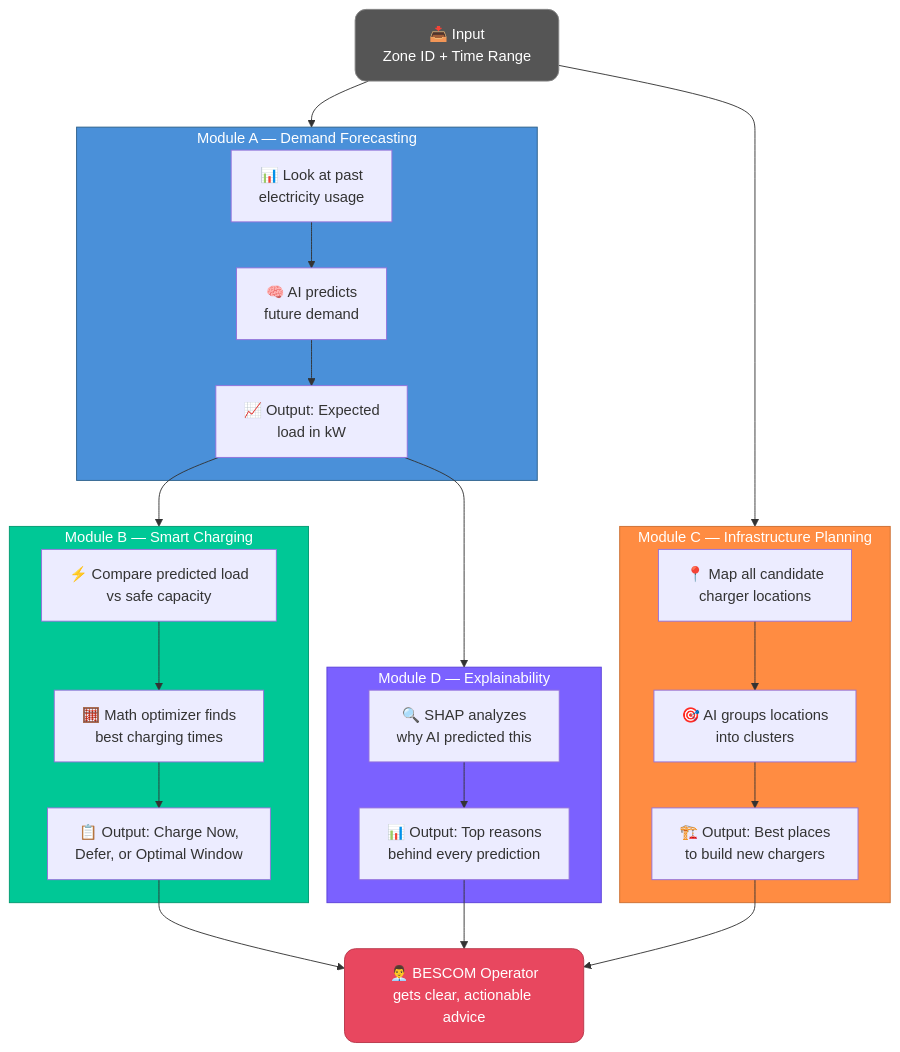
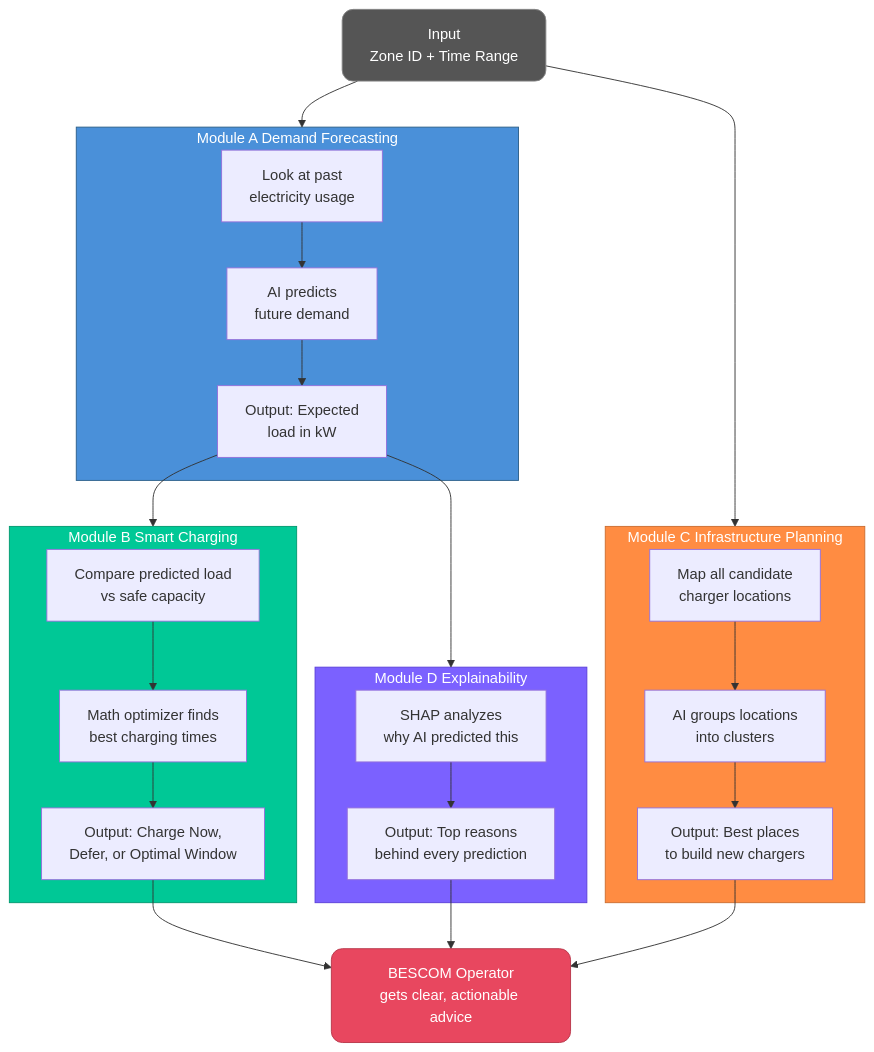
Before and after one commit to AbhimanRajCoder/VOLTARIS-AI: the third of 9 diagrams in README.md, drawn with Mermaid. The commit also changed other lines of this file, not shown here.

````diff
--- a/README.md
+++ b/README.md
@@ -448,36 +551,36 @@
 ```mermaid
 flowchart TD
-    INPUT["📥 Input\nZone ID + Time Range"] --> A
+  INPUT[" Input\nZone ID + Time Range"] --> A
 
-    subgraph A["Module A — Demand Forecasting"]
-        A1["📊 Look at past\nelectricity usage"] --> A2["🧠 AI predicts\nfuture demand"] --> A3["📈 Output: Expected\nload in kW"]
-    end
+  subgraph A["Module A Demand Forecasting"]
+    A1[" Look at past\nelectricity usage"] --> A2[" AI predicts\nfuture demand"] --> A3[" Output: Expected\nload in kW"]
+  end
 
-    A3 --> B
-    A3 --> D
+  A3 --> B
+  A3 --> D
 
-    subgraph B["Module B — Smart Charging"]
-        B1["⚡ Compare predicted load\nvs safe capacity"] --> B2["🧮 Math optimizer finds\nbest charging times"] --> B3["📋 Output: Charge Now,\nDefer, or Optimal Window"]
-    end
+  subgraph B["Module B Smart Charging"]
+    B1[" Compare predicted load\nvs safe capacity"] --> B2[" Math optimizer finds\nbest charging times"] --> B3[" Output: Charge Now,\nDefer, or Optimal Window"]
+  end
 
-    subgraph C["Module C — Infrastructure Planning"]
-        C1["📍 Map all candidate\ncharger locations"] --> C2["🎯 AI groups locations\ninto clusters"] --> C3["🏗️ Output: Best places\nto build new chargers"]
-    end
+  subgraph C["Module C Infrastructure Planning"]
+    C1[" Map all candidate\ncharger locations"] --> C2[" AI groups locations\ninto clusters"] --> C3[" Output: Best places\nto build new chargers"]
+  end
 
-    subgraph D["Module D — Explainability"]
-        D1["🔍 SHAP analyzes\nwhy AI predicted this"] --> D2["📊 Output: Top reasons\nbehind every prediction"]
-    end
+  subgraph D["Module D Explainability"]
+    D1[" SHAP analyzes\nwhy AI predicted this"] --> D2[" Output: Top reasons\nbehind every prediction"]
+  end
 
-    INPUT --> C
+  INPUT --> C
 
-    B3 --> OPERATOR["👨‍💼 BESCOM Operator\ngets clear, actionable advice"]
-    C3 --> OPERATOR
-    D2 --> OPERATOR
+  B3 --> OPERATOR[" BESCOM Operator\ngets clear, actionable advice"]
+  C3 --> OPERATOR
+  D2 --> OPERATOR
 
-    style A fill:#4A90D9,stroke:#2C5F8A,color:#fff
-    style B fill:#00C896,stroke:#009970,color:#fff
-    style C fill:#FF8C42,stroke:#CC6E30,color:#fff
-    style D fill:#7B61FF,stroke:#5A3FD9,color:#fff
-    style OPERATOR fill:#E8475F,stroke:#B83649,color:#fff,rx:12
-    style INPUT fill:#555,stroke:#888,color:#fff,rx:12
+  style A fill:#4A90D9,stroke:#2C5F8A,color:#fff
+  style B fill:#00C896,stroke:#009970,color:#fff
+  style C fill:#FF8C42,stroke:#CC6E30,color:#fff
+  style D fill:#7B61FF,stroke:#5A3FD9,color:#fff
+  style OPERATOR fill:#E8475F,stroke:#B83649,color:#fff,rx:12
+  style INPUT fill:#555,stroke:#888,color:#fff,rx:12
 ```
````
